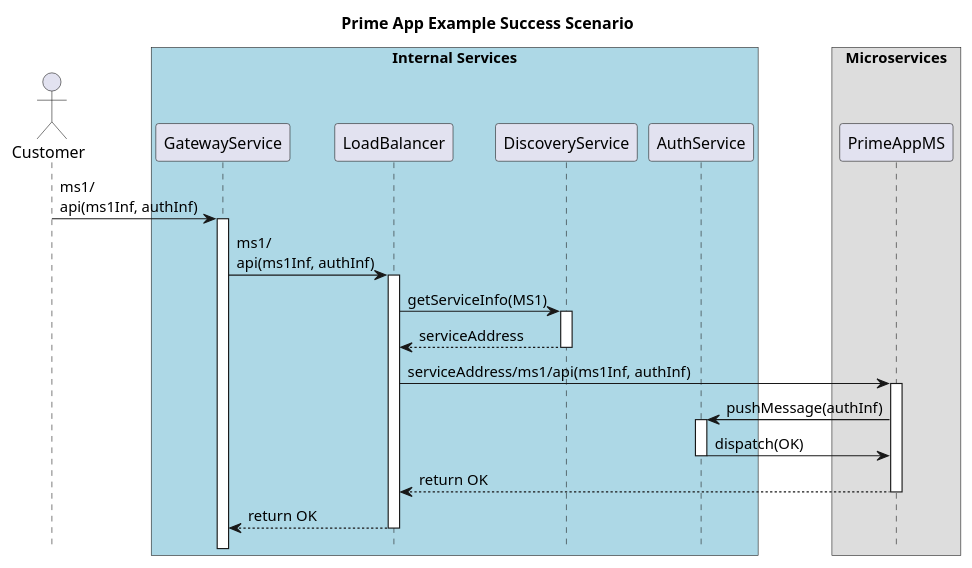
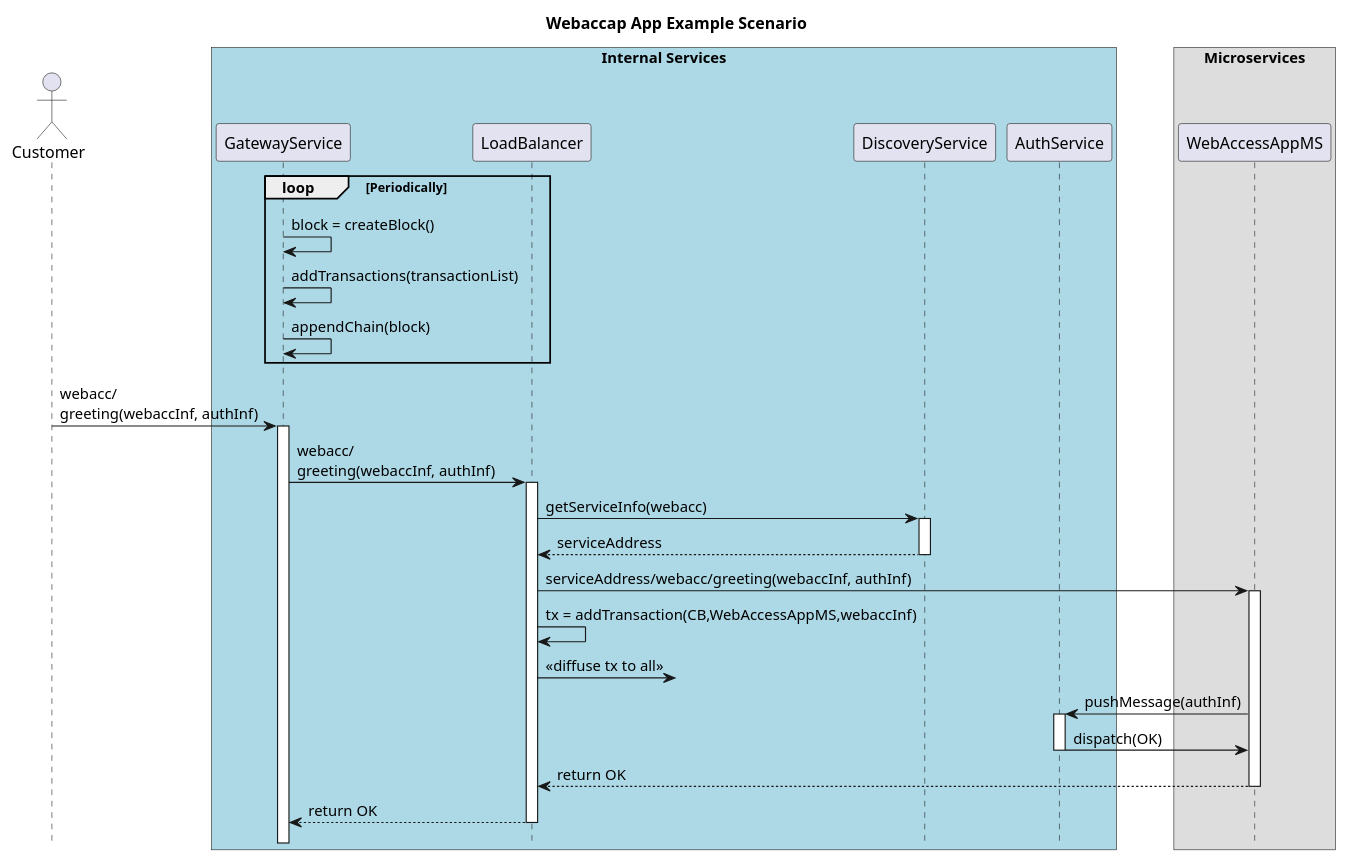
One commit to naimyurek/microblockthesis changed the diagram in 10 Webacapp Example Success.wsd. Above: the diagram before and after it, drawn with PlantUML. The commit also changed 7 other files, not shown here.

```diff
--- a/10 Webacapp Example Success.wsd
+++ b/10 Webacapp Example Success.wsd
@@ -1,31 +1,37 @@
 @startuml WebAccessAppScenario
 !pragma teoz true
 
-title "Prime App Example Success Scenario"
+title "Webaccap App Example Scenario"
 
 hide footbox
 actor Customer
 
 
 box "Internal Services" #LightBlue
 participant GatewayService
 participant LoadBalancer
 participant DiscoveryService
 participant AuthService
 end box
 
 box "Microservices"
-participant PrimeAppMS
+participant WebAccessAppMS
 end box
-
-Customer -> GatewayService ++ : ms1/\napi(ms1Inf, authInf)
-GatewayService -> LoadBalancer ++ : ms1/\napi(ms1Inf, authInf)
-LoadBalancer -> DiscoveryService ++ : getServiceInfo(MS1)
+loop Periodically
+GatewayService -> GatewayService : block = createBlock()
+GatewayService -> GatewayService : addTransactions(transactionList)
+GatewayService -> GatewayService : appendChain(block)
+end
+Customer -> GatewayService ++ : webacc/\ngreeting(webaccInf, authInf)
+GatewayService -> LoadBalancer ++ : webacc/\ngreeting(webaccInf, authInf)
+LoadBalancer -> DiscoveryService ++ : getServiceInfo(webacc)
 return serviceAddress 
-LoadBalancer -> PrimeAppMS ++ : serviceAddress/ms1/api(ms1Inf, authInf)
-PrimeAppMS -> AuthService ++ : pushMessage(authInf)
-AuthService -> PrimeAppMS -- : dispatch(OK)
+LoadBalancer -> WebAccessAppMS ++ : serviceAddress/webacc/greeting(webaccInf, authInf)
+LoadBalancer -> LoadBalancer: tx = addTransaction(CB,WebAccessAppMS,webaccInf)
+LoadBalancer ->? : << diffuse tx to all >>
+WebAccessAppMS -> AuthService ++ : pushMessage(authInf)
+AuthService -> WebAccessAppMS -- : dispatch(OK)
 return return OK 
 return return OK 
 
 @enduml
```
